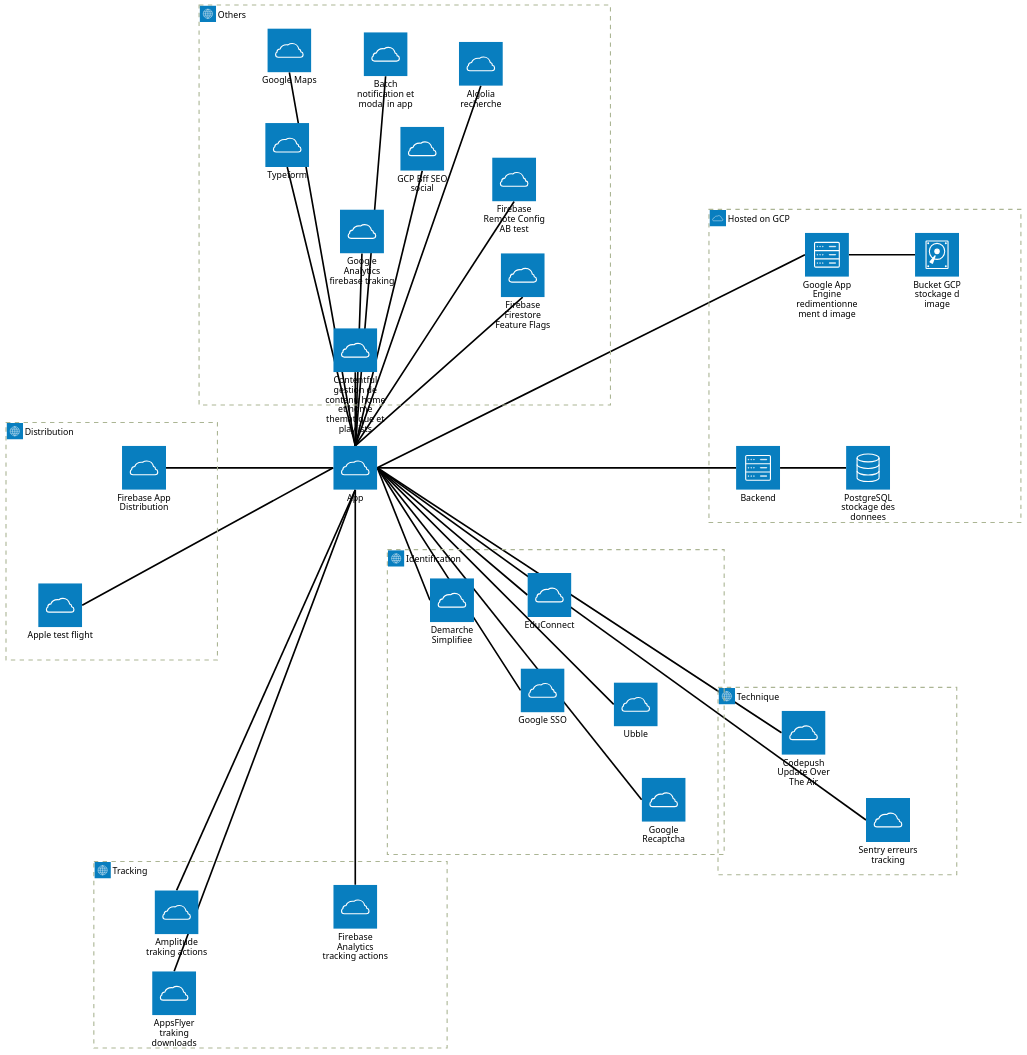
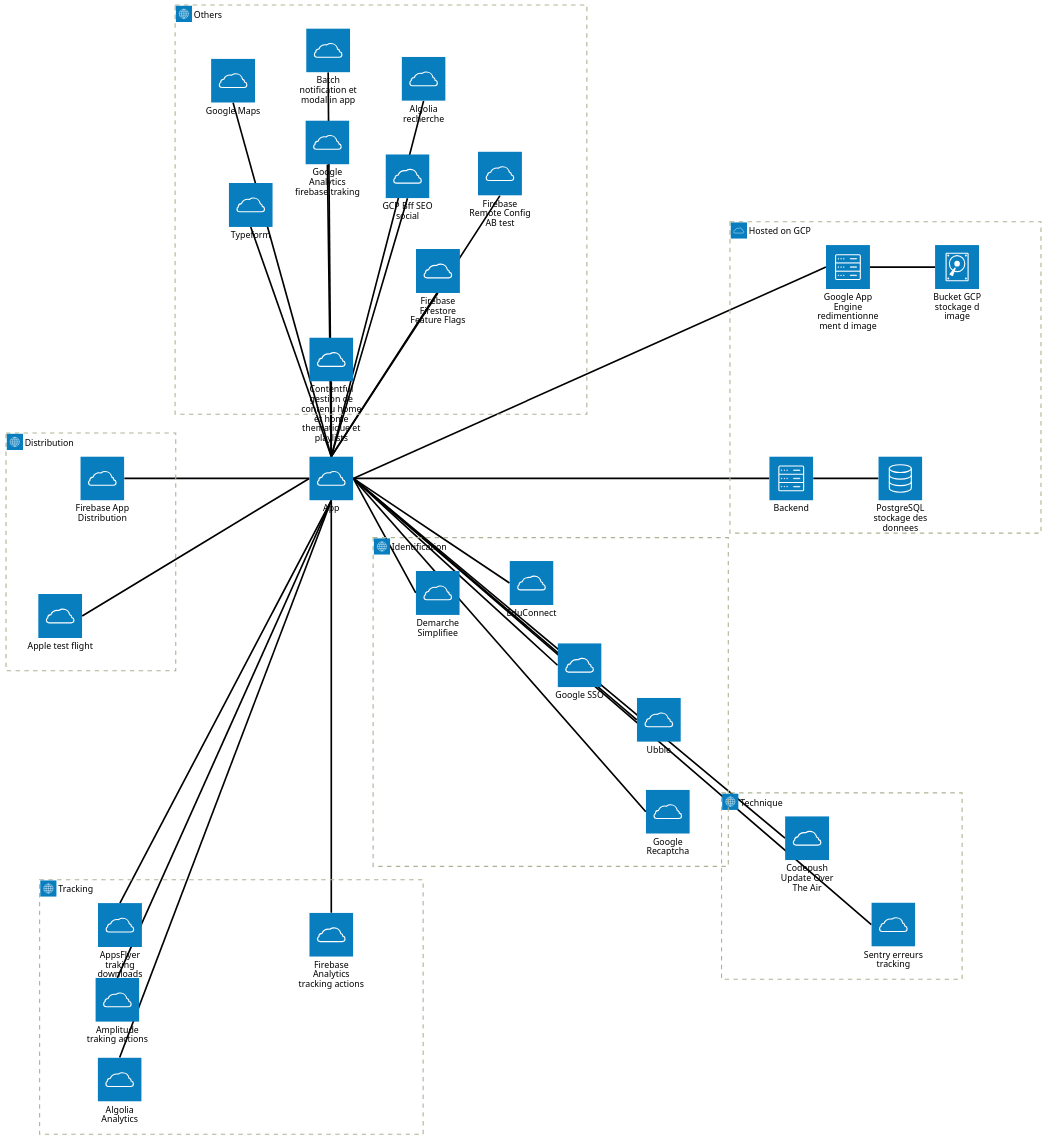
Before and after one commit to pass-culture/pass-culture-app-native: the second of 2 diagrams in doc/architecture/input-output-externe.md, drawn with Mermaid (forest theme). The commit also changed other lines of this file, not shown here.

````diff
--- a/doc/architecture/input-output-externe.md
+++ b/doc/architecture/input-output-externe.md
@@ -64,74 +48,76 @@
 ```mermaid
 architecture-beta
   group technique(internet)[Technique]
   group distribution(internet)[Distribution]
   group identification(internet)[Identification]
   group tracking(internet)[Tracking]
   group hosted_on_GCP(cloud)[Hosted on GCP]
   group others(internet)[Others]
 
   service App(cloud)[App]
 
   service Google_Recaptcha(cloud)[Google Recaptcha] in identification
   service Ubble(cloud)[Ubble] in identification
   service Google(cloud)[Google SSO] in identification
   service Educonnect(cloud)[EduConnect] in identification %% ?
   service DMS(cloud)[Demarche Simplifiee] in identification %% ?
 
   App:R -- L:Google_Recaptcha
   App:R -- L:Ubble
   App:R -- L:Google
   App:R -- L:Educonnect
   App:R -- L:DMS
 
+  service Algolia_Analytics(cloud)[Algolia Analytics] in tracking
+  service Amplitude(cloud)[Amplitude traking actions] in tracking
   service AppsFlyer(cloud)[AppsFlyer traking downloads] in tracking
-  service Amplitude(cloud)[Amplitude traking actions] in tracking
   service Firebase_Analytics(cloud)[Firebase Analytics tracking actions] in tracking
 
+  App:B -- T:Algolia_Analytics
+  App:B -- T:Amplitude
   App:B -- T:AppsFlyer
-  App:B -- T:Amplitude
   App:B -- T:Firebase_Analytics
 
   service Sentry(cloud)[Sentry erreurs tracking] in technique
   service Codepush(cloud)[Codepush Update Over The Air] in technique
 
   App:R -- L:Sentry
   App:R -- L:Codepush
 
   service Apple_TestFlight(cloud)[Apple test flight] in distribution
   service Firebase_App_Distribution(cloud)[Firebase App Distribution] in distribution
 
   App:L -- R:Apple_TestFlight
   App:L -- R:Firebase_App_Distribution
 
   service Firebase_Firestore(cloud)[Firebase Firestore Feature Flags] in others
   service Firebase_Remote_Config(cloud)[Firebase Remote Config AB test] in others
   service Google_Analytics(cloud)[Google Analytics firebase traking] in others
   service GCP(cloud)[GCP Bff SEO social] in others %% ?
   service Algolia(cloud)[Algolia recherche] in others
   service typeform(cloud)[Typeform] in others %% ?
   service batch(cloud)[Batch notification et modal in app] in others
   service Google_Maps(cloud)[Google Maps] in others
   service Contentful(cloud)[Contentful gestion de contenu home et home thematique et playlists] in others
 
   App:T -- B:Firebase_Firestore
   App:T -- B:Firebase_Remote_Config
   App:T -- B:Google_Analytics
   App:T -- B:GCP
   App:T -- B:Algolia
   App:T -- B:typeform
   App:T -- B:batch
   App:T -- B:Google_Maps
   App:T -- B:Contentful
 
   service image_resize(server)[Google App Engine redimentionnement d image] in hosted_on_GCP
   service bucket_image(disk)[Bucket GCP stockage d image] in hosted_on_GCP
   App:R -- L:image_resize
   image_resize:R -- L:bucket_image
 
   service backend(server)[Backend] in hosted_on_GCP
   service Postgresql(database)[PostgreSQL stockage des donnees] in hosted_on_GCP
 
   App:R -- L:backend
   backend:R -- L:Postgresql
 ```
````
